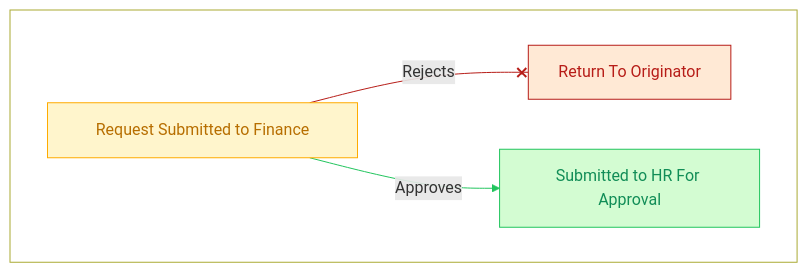
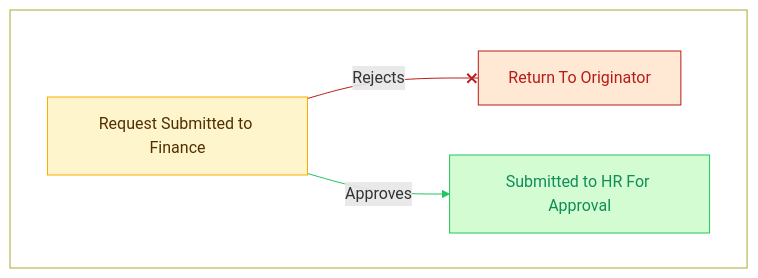
One commit to CBHFinance/arfHelpDocs changed the second of 4 diagrams in docs/overview.md. Above: the diagram before and after it, drawn with Mermaid. The commit also changed other lines of this file and 9 other files, not shown here.

````diff
--- a/docs/overview.md
+++ b/docs/overview.md
@@ -34,16 +46,16 @@
 ```mermaid
 flowchart TD
  subgraph subgraph_financeApproval["<p> &nbsp;</p>"]
-        A["<p style="width:250px;height:25px;margin:0px;">Request Submitted to Finance</p>"]
+        A["Request Submitted to Finance"]
         D["Return To Originator"]
         C["Submitted to HR For Approval"]
   end
     A -- Rejects --x D
     A -- Approves --> C
-    style A color:#B76E00, fill:#FFF5CC,stroke:#FFAB00
+    style A color:#503001, fill:#FFF5CC,stroke:#FFAB00
     style D color:#B71D18,fill:#FFE9D5,stroke:#B71D18
     style C color:#118D57,stroke:#22C55E,fill:#D3FCD2 
     style subgraph_financeApproval fill:none
     linkStyle 0 stroke:#B71D18,fill:none
     linkStyle 1 stroke:#22C55E,fill:none
 ```
````
